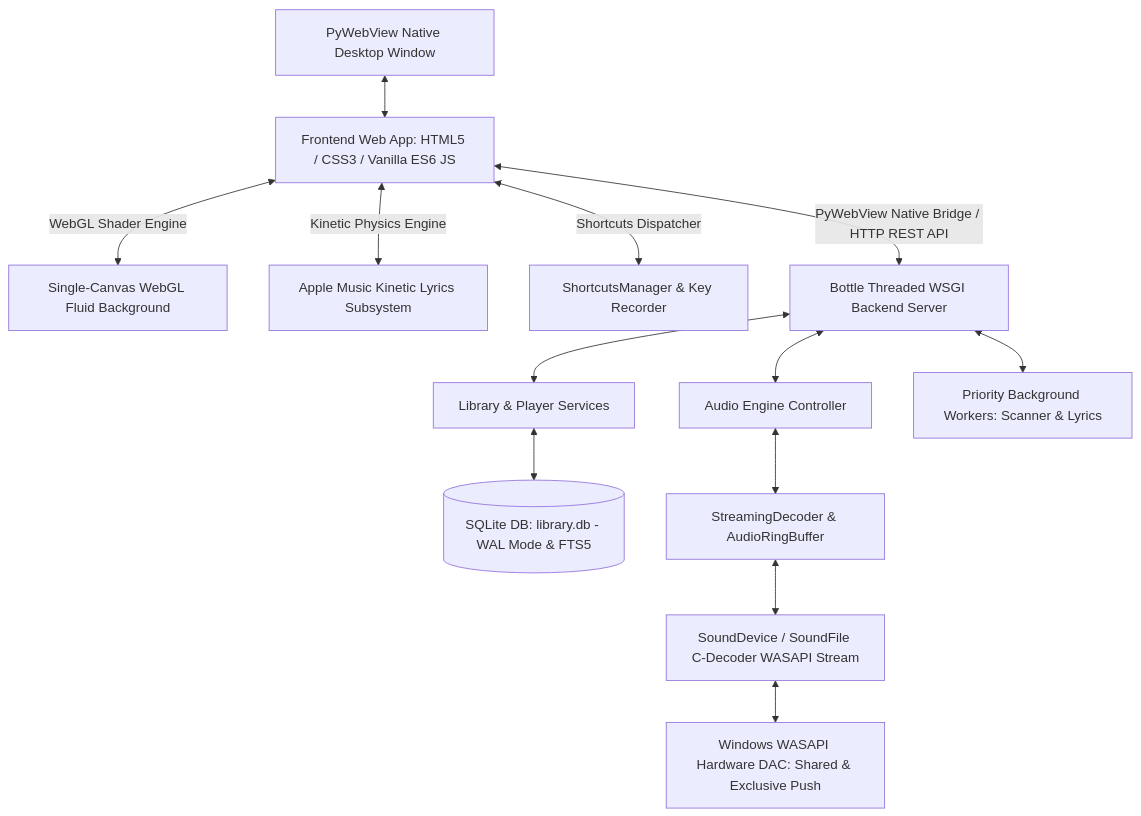
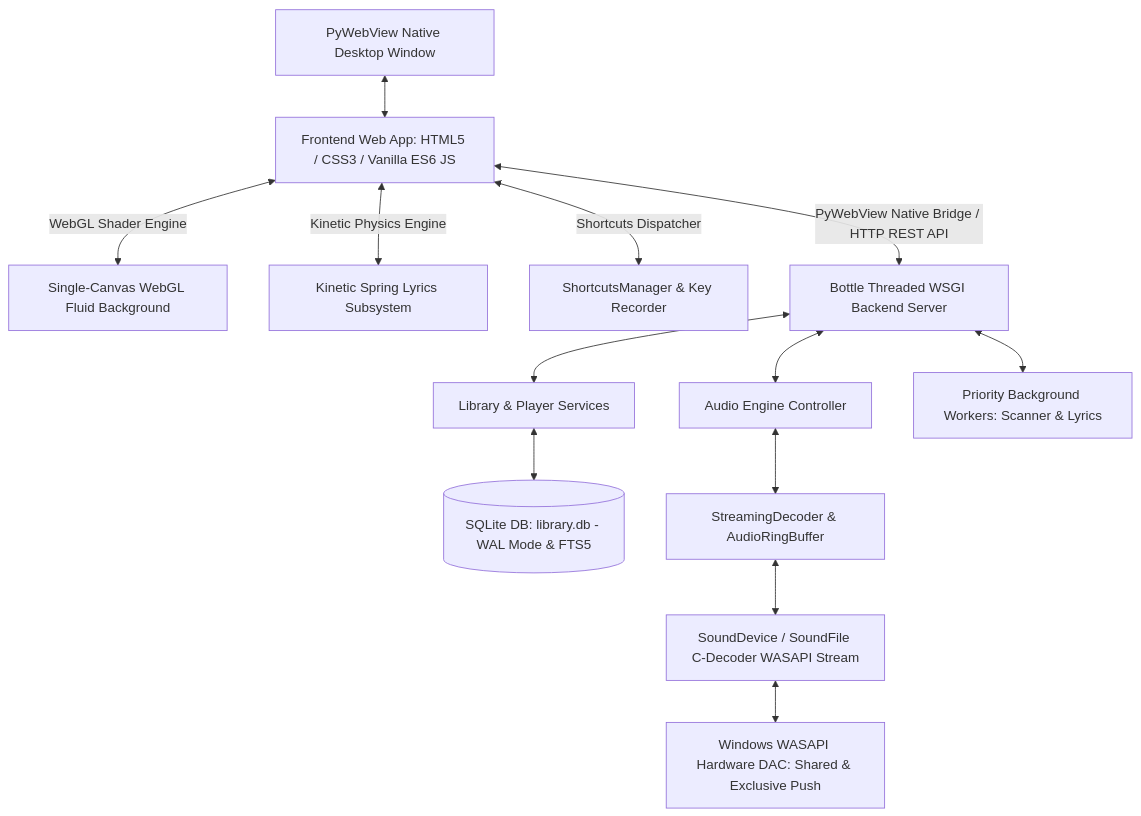
One commit to zenny126/ZFPlayer changed the diagram in architect.md. Above: the diagram before and after it, drawn with Mermaid. The commit also changed other lines of this file and 8 other files, not shown here.

````diff
--- a/architect.md
+++ b/architect.md
@@ -11,15 +11,15 @@
 ```mermaid
 graph TD
     A[PyWebView Native Desktop Window] <--> B[Frontend Web App: HTML5 / CSS3 / Vanilla ES6 JS]
     B <-->|WebGL Shader Engine| W[Single-Canvas WebGL Fluid Background]
-    B <-->|Kinetic Physics Engine| L[Apple Music Kinetic Lyrics Subsystem]
+    B <-->|Kinetic Physics Engine| L[Kinetic Spring Lyrics Subsystem]
     B <-->|Shortcuts Dispatcher| S[ShortcutsManager & Key Recorder]
     B <-->|PyWebView Native Bridge / HTTP REST API| C[Bottle Threaded WSGI Backend Server]
     C <--> D[Library & Player Services]
     C <--> E[Audio Engine Controller]
     D <--> F[(SQLite DB: library.db - WAL Mode & FTS5)]
     E <--> G[StreamingDecoder & AudioRingBuffer]
     G <--> H[SoundDevice / SoundFile C-Decoder WASAPI Stream]
     H <--> I[Windows WASAPI Hardware DAC: Shared & Exclusive Push]
     C <--> K[Priority Background Workers: Scanner & Lyrics]
 ```
````
